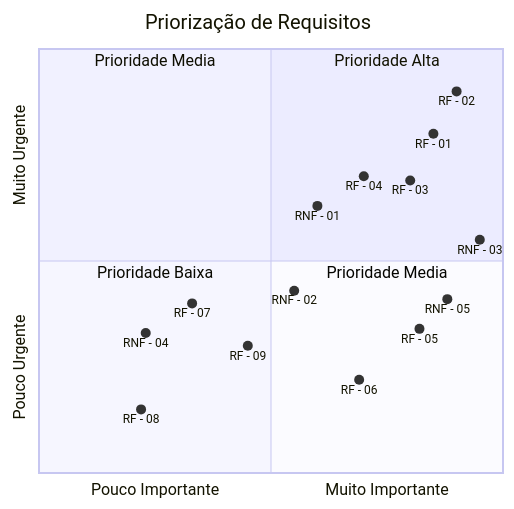
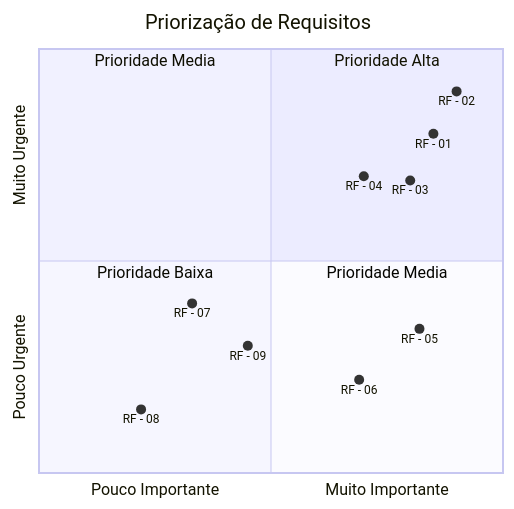
Before and after one commit to ICEI-PUC-Minas-PMV-ADS/pmv-ads-2023-2-e3-proj-mov-t3-time4-fit: the first of 3 diagrams in docs/02-Especificação do Projeto.md, drawn with Mermaid.

Commit message:
Update 02-Especificação do Projeto.md

````diff
--- a/docs/02-Especificação do Projeto.md
+++ b/docs/02-Especificação do Projeto.md
@@ -104,25 +104,19 @@
 ```mermaid
 quadrantChart
     title Priorização de Requisitos
     x-axis Pouco Importante --> Muito Importante
     y-axis Pouco Urgente --> Muito Urgente
     quadrant-1 Prioridade Alta
     quadrant-2 Prioridade Media
     quadrant-3 Prioridade Baixa
     quadrant-4 Prioridade Media
     RF - 01: [0.85, 0.80]
     RF - 02: [0.90, 0.90]
     RF - 03: [0.80, 0.69]
     RF - 04: [0.70, 0.70]
     RF - 05: [0.82, 0.34]
     RF - 06: [0.69, 0.22]
     RF - 07: [0.33, 0.40]
     RF - 08: [0.22, 0.15]
     RF - 09: [0.45, 0.30]
-    
-    RNF - 01: [0.60, 0.63]
-    RNF - 02: [0.55, 0.43]
-    RNF - 03: [0.95, 0.55]
-    RNF - 04: [0.23, 0.33]
-    RNF - 05: [0.88, 0.41]
 ```
````
